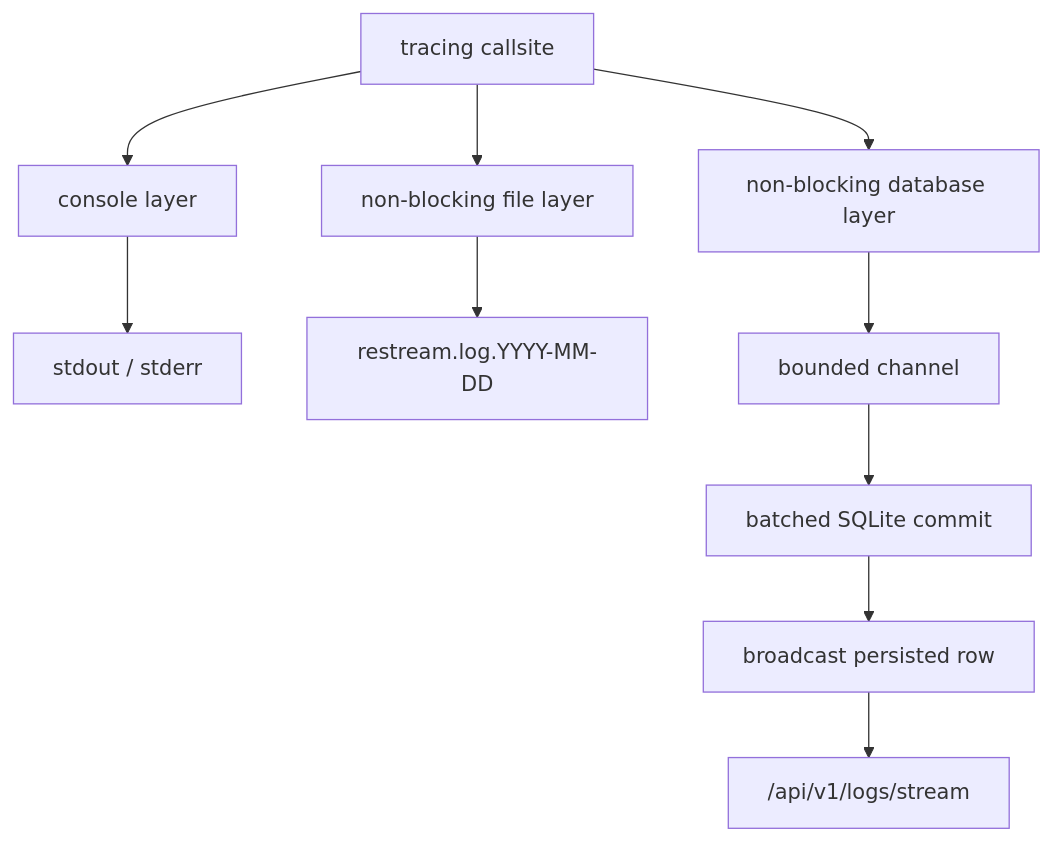
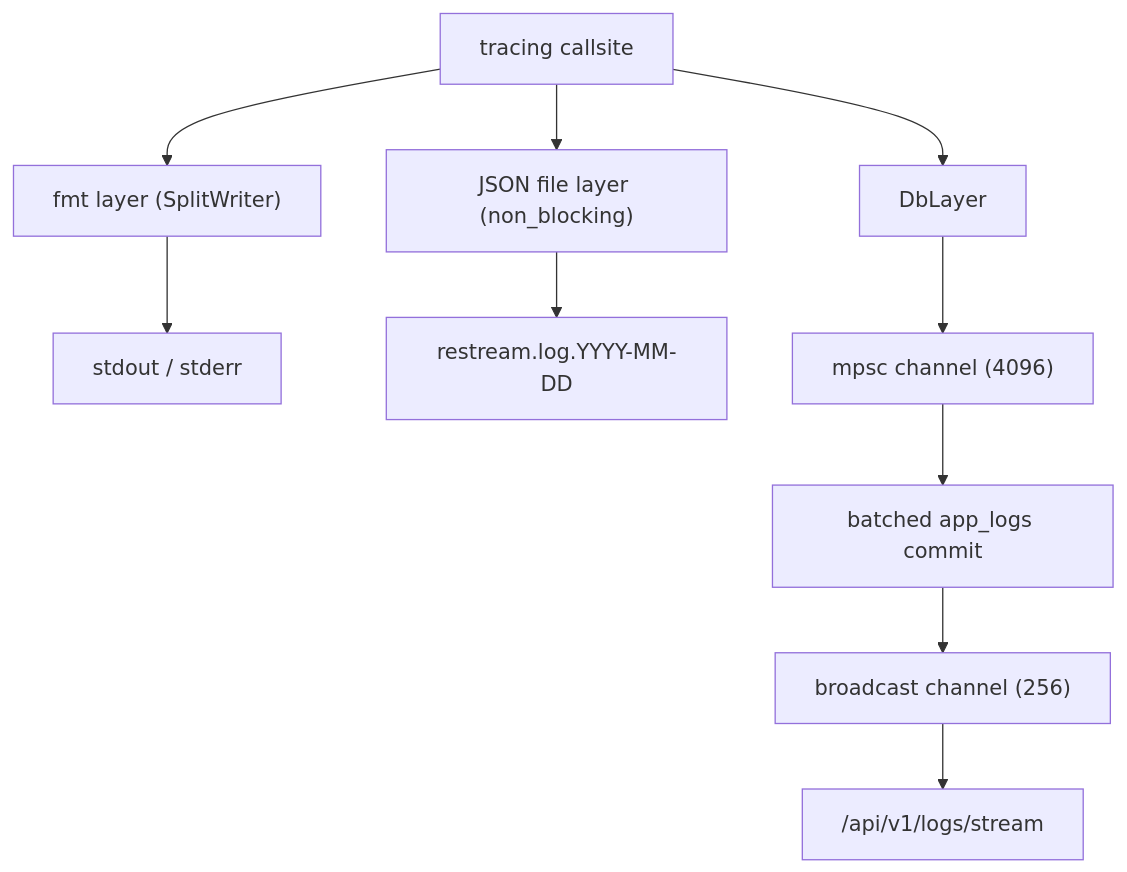
Before and after one commit to krsna1729/restream: the third of 3 diagrams in docs/observability.md, drawn with Mermaid. The commit also changed other lines of this file and 26 other files, not shown here.

First line of the commit message:
docs: rewrite every page against current source, with diagrams (#372)

````diff
--- a/docs/observability.md
+++ b/docs/observability.md
@@ -658,17 +608,17 @@
 ```mermaid
 flowchart TD
     Callsite["tracing callsite"]
-    Console["console layer"]
-    File["non-blocking file layer"]
-    Db["non-blocking database layer"]
+    Console["fmt layer (SplitWriter)"]
+    File["JSON file layer (non_blocking)"]
+    Db["DbLayer"]
     Streams["stdout / stderr"]
     Daily["restream.log.YYYY-MM-DD"]
-    Channel["bounded channel"]
-    Commit["batched SQLite commit"]
-    Broadcast["broadcast persisted row"]
+    Channel["mpsc channel (4096)"]
+    Commit["batched app_logs commit"]
+    Broadcast["broadcast channel (256)"]
     Sse["/api/v1/logs/stream"]
 
     Callsite --> Console --> Streams
     Callsite --> File --> Daily
     Callsite --> Db --> Channel --> Commit --> Broadcast --> Sse
 ```
````
